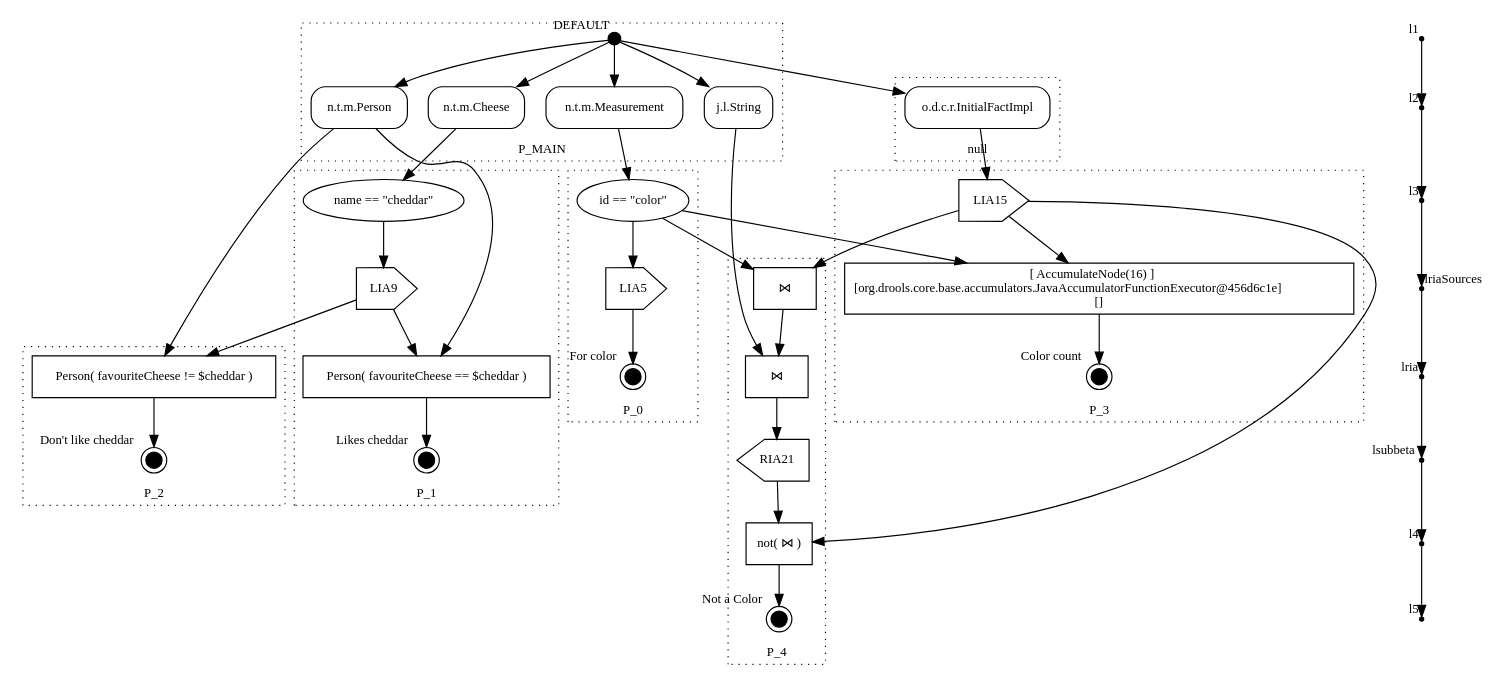
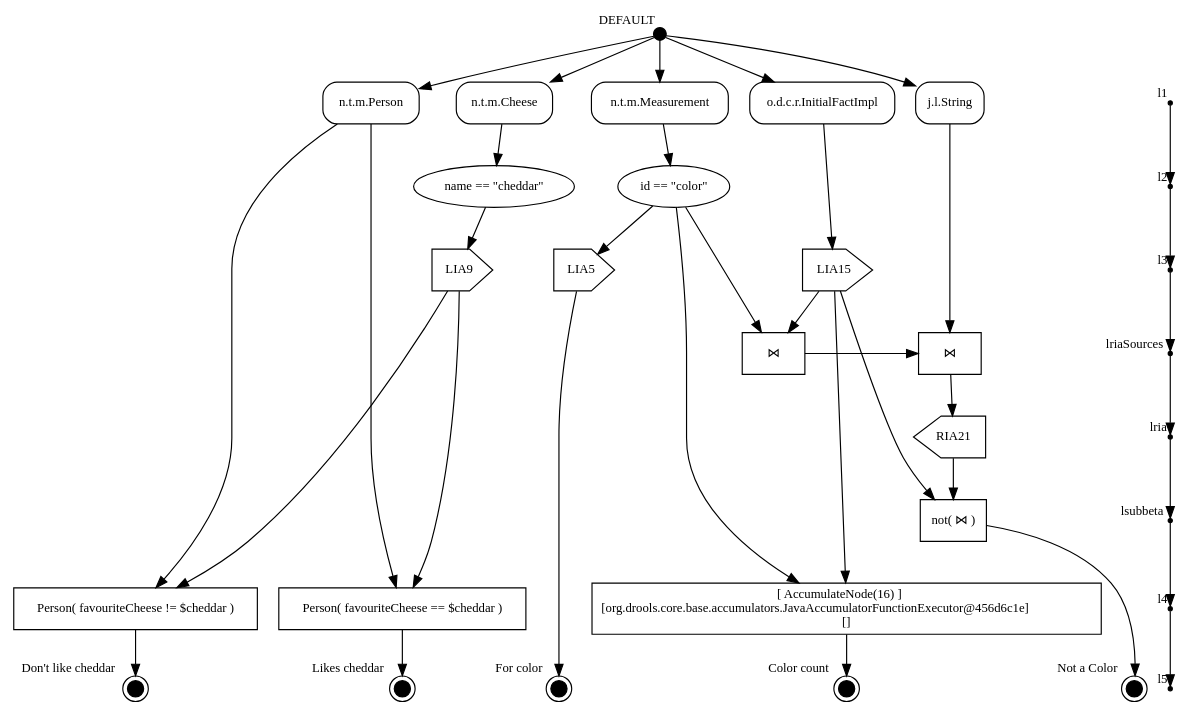
The diagram in test.gv (apache/incubator-kie-drools), drawn with Graphviz before and after one commit. The commit also changed 2 other files, not shown here.

```diff
--- a/test.gv
+++ b/test.gv
@@ -1,76 +1,69 @@
 digraph g {
 graph [fontname = "Overpass" fontsize=11];
  node [fontname = "Overpass" fontsize=11];
  edge [fontname = "Overpass" fontsize=11];
 
 EP1 [shape=circle width=0.15 fillcolor=black style=filled label="" xlabel="DEFAULT"] ;
 OTN7 [shape=rect style=rounded label="n.t.m.Cheese"] ;
 OTN2 [shape=rect style=rounded label="o.d.c.r.InitialFactImpl"] ;
 OTN19 [shape=rect style=rounded label="j.l.String"] ;
 OTN10 [shape=rect style=rounded label="n.t.m.Person"] ;
 OTN3 [shape=rect style=rounded label="n.t.m.Measurement"] ;
 AN8 [label="name == \"cheddar\""] ;
 AN4 [label="id == \"color\""] ;
 LIA9 [shape=house orientation=-90] ;
 LIA15 [shape=house orientation=-90] ;
 LIA5 [shape=house orientation=-90] ;
 RIA21 [shape=house orientation=90] ;
 BN16 [shape=box label=<[ AccumulateNode(16) ]<BR/>[org.drools.core.base.accumulators.JavaAccumulatorFunctionExecutor@456d6c1e]<BR/>[]>] ;
 BN22 [shape=box label="not( ⋈ )"] ;
 BN11 [shape=box label="Person( favouriteCheese == $cheddar )" href="http://drools.org"] ;
 BN13 [shape=box label="Person( favouriteCheese != $cheddar )" href="http://drools.org"] ;
 BN18 [shape=box label="⋈" href="http://drools.org"] ;
 BN20 [shape=box label="⋈" href="http://drools.org"] ;
 RTN12 [shape=doublecircle width=0.2 fillcolor=black style=filled label="" xlabel="Likes cheddar" href="http://drools.org"] ;
 RTN14 [shape=doublecircle width=0.2 fillcolor=black style=filled label="" xlabel="Don't like cheddar" href="http://drools.org"] ;
 RTN17 [shape=doublecircle width=0.2 fillcolor=black style=filled label="" xlabel="Color count" href="http://drools.org"] ;
 RTN23 [shape=doublecircle width=0.2 fillcolor=black style=filled label="" xlabel="Not a Color" href="http://drools.org"] ;
 RTN6 [shape=doublecircle width=0.2 fillcolor=black style=filled label="" xlabel="For color" href="http://drools.org"] ;
 
 EP1 -> OTN7 ;
 OTN7 -> AN8 ;
 AN8 -> LIA9 ;
 LIA9 -> BN11 ;
 BN11 -> RTN12 ;
 LIA9 -> BN13 ;
 BN13 -> RTN14 ;
 EP1 -> OTN2 ;
 OTN2 -> LIA15 ;
 LIA15 -> BN16 ;
 BN16 -> RTN17 ;
 LIA15 -> BN18 ;
 BN18 -> BN20 ;
 BN20 -> RIA21 ;
 RIA21 -> BN22 ;
 BN22 -> RTN23 ;
 LIA15 -> BN22 ;
 EP1 -> OTN19 ;
 OTN19 -> BN20 ;
 EP1 -> OTN10 ;
 OTN10 -> BN11 ;
 OTN10 -> BN13 ;
 EP1 -> OTN3 ;
 OTN3 -> AN4 ;
 AN4 -> LIA5 ;
 LIA5 -> RTN6 ;
 AN4 -> BN16 ;
 AN4 -> BN18 ;
 
- subgraph l1{l1[shape=point, xlabel="l1"]; OTN19; OTN2; OTN10; OTN3; OTN7; }
- subgraph l2{l2[shape=point, xlabel="l2"]; AN4; AN8; }
- subgraph l3{l3[shape=point, xlabel="l3"]; LIA15; LIA9; LIA5; }
- subgraph lria{lria[shape=point, xlabel="lria"]; RIA21; }
- subgraph lriaSources{lriaSources[shape=point, xlabel="lriaSources"]; BN18; BN20; }
- subgraph lsubbeta{lsubbeta[shape=point, xlabel="lsubbeta"]; BN22; }
- subgraph l4{l4[shape=point, xlabel="l4"]; BN11; BN16; BN13; }
- subgraph l5{l5[shape=point, xlabel="l5"]; RTN14; RTN17; RTN23; RTN12; RTN6; }
+ {rank=same; l1[shape=point, xlabel="l1"]; OTN19; OTN2; OTN10; OTN3; OTN7; }
+ {rank=same; l2[shape=point, xlabel="l2"]; AN4; AN8; }
+ {rank=same; l3[shape=point, xlabel="l3"]; LIA15; LIA9; LIA5; }
+ {rank=same; lria[shape=point, xlabel="lria"]; RIA21; }
+ {rank=same; lriaSources[shape=point, xlabel="lriaSources"]; BN18; BN20; }
+ {rank=same; lsubbeta[shape=point, xlabel="lsubbeta"]; BN22; }
+ {rank=same; l4[shape=point, xlabel="l4"]; BN11; BN16; BN13; }
+ {rank=same; l5[shape=point, xlabel="l5"]; RTN14; RTN17; RTN23; RTN12; RTN6; }
  l1->l2->l3->lriaSources->lria->lsubbeta->l4->l5;
 
- subgraph cluster_P_0{style=dotted; labelloc=b; label="P_0"; AN4; LIA5; RTN6; }
- subgraph cluster_P_2{style=dotted; labelloc=b; label="P_2"; RTN14; BN13; }
- subgraph cluster_null{style=dotted; labelloc=b; label="null"; OTN2; }
- subgraph cluster_P_1{style=dotted; labelloc=b; label="P_1"; BN11; LIA9; RTN12; AN8; }
- subgraph cluster_P_4{style=dotted; labelloc=b; label="P_4"; RIA21; BN18; BN20; RTN23; BN22; }
- subgraph cluster_P_MAIN{style=dotted; labelloc=b; label="P_MAIN"; OTN19; OTN10; OTN3; OTN7; EP1; }
- subgraph cluster_P_3{style=dotted; labelloc=b; label="P_3"; LIA15; RTN17; BN16; }
 }
```
